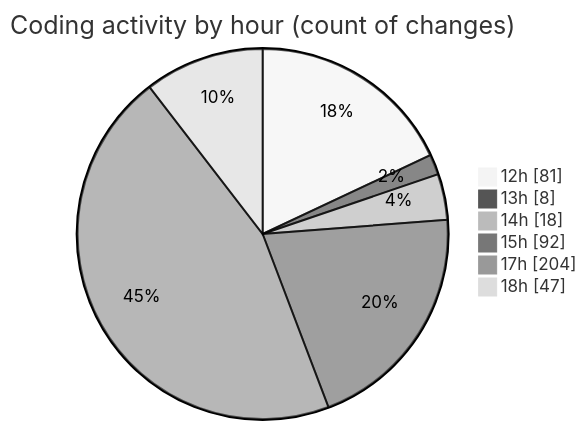
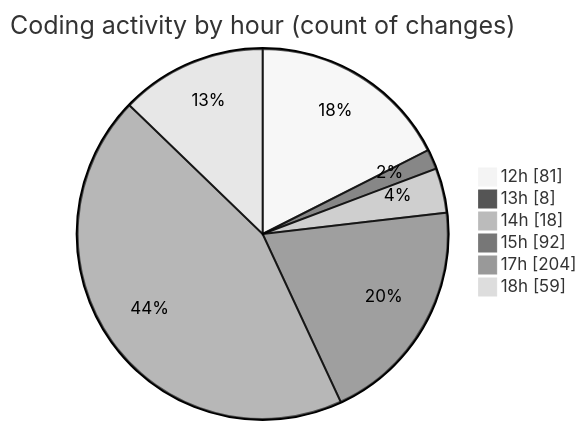
Before and after one commit to Ritupan-Deka/code-tracking: the second of 2 diagrams in 2025-12-28/rust/README.md, drawn with Mermaid (neutral theme). The commit also changed other lines of this file and 1 other file, not shown here.

````diff
--- a/2025-12-28/rust/README.md
+++ b/2025-12-28/rust/README.md
@@ -31,10 +31,10 @@
 ```mermaid
 pie showData
 title Coding activity by hour (count of changes)
 "12h" : 81
 "13h" : 8
 "14h" : 18
 "15h" : 92
 "17h" : 204
-"18h" : 47
+"18h" : 59
 ```
````
